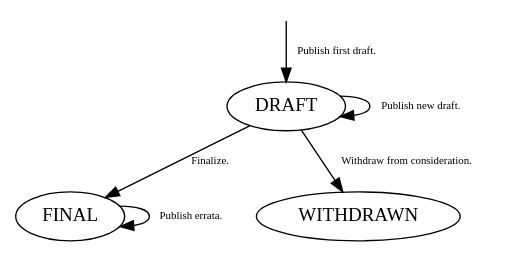
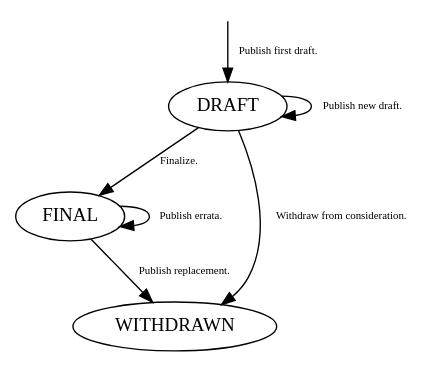
The diagram in admin/states.dot (scheme-requests-for-implementation/srfi-common), drawn with Graphviz before and after one commit.

Commit message:
Add FINAL -> WITHDRAWN edge.

```diff
--- a/admin/states.dot
+++ b/admin/states.dot
@@ -1,8 +1,9 @@
 digraph srfi_states {
   invisible_start [shape=point, style=invis]
   invisible_start -> DRAFT [label=" Publish first draft.", fontsize="8"];
   DRAFT -> DRAFT [label=" Publish new draft.", fontsize="8"];
   DRAFT -> FINAL [label=" Finalize.", fontsize="8"];
   DRAFT -> WITHDRAWN [label=" Withdraw from consideration.", fontsize="8"];
   FINAL -> FINAL [label=" Publish errata.", fontsize="8"];
+  FINAL -> WITHDRAWN [label=" Publish replacement.", fontsize="8"];
 }
```
